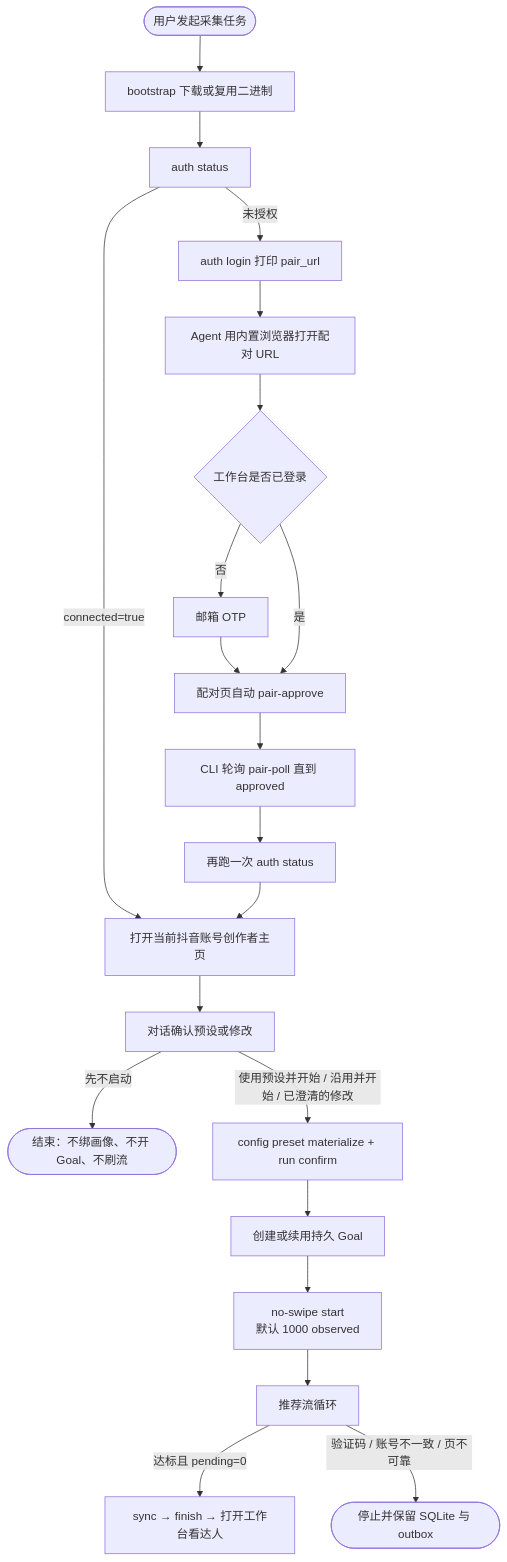
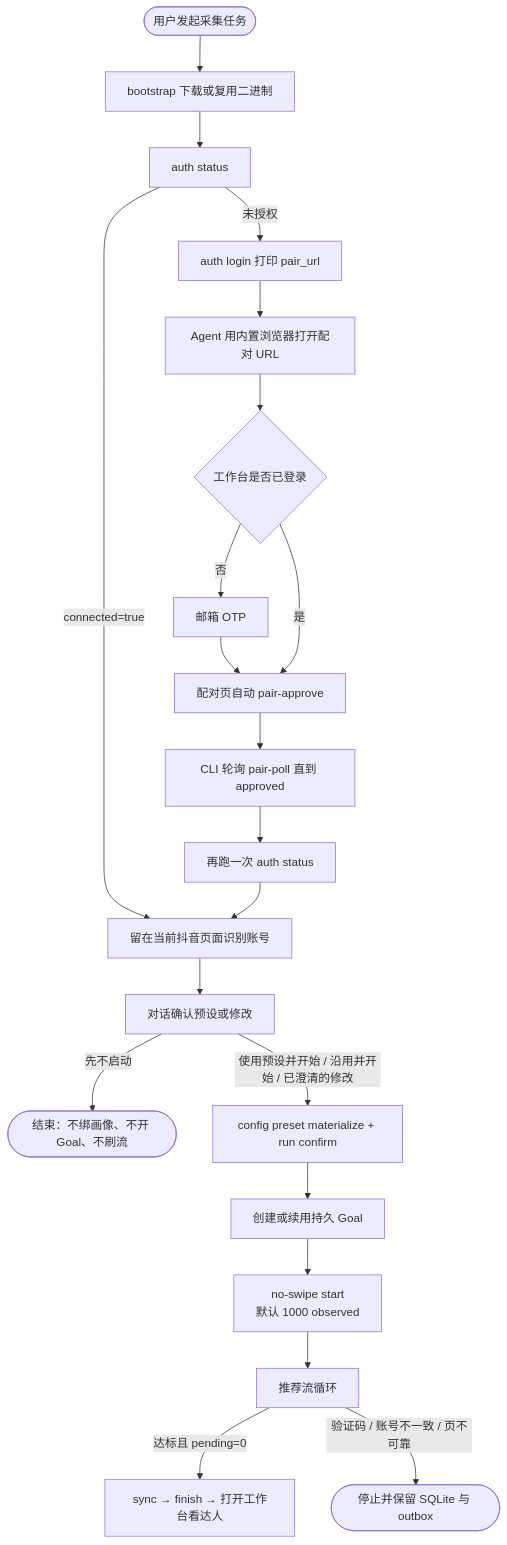
Before and after one commit to OfWind/no_swipe: the third of 18 diagrams in docs/no-swipe-interaction-flows.md, drawn with Mermaid. The commit also changed other lines of this file and 28 other files, not shown here.

````diff
--- a/docs/no-swipe-interaction-flows.md
+++ b/docs/no-swipe-interaction-flows.md
@@ -120,23 +120,23 @@
 ```mermaid
 flowchart TD
   S([用户发起采集任务]) --> Boot[bootstrap 下载或复用二进制]
   Boot --> Status["auth status"]
-  Status -->|connected=true| Home[打开当前抖音账号创作者主页]
+  Status -->|connected=true| Identity[留在当前抖音页面识别账号]
   Status -->|未授权| Login["auth login 打印 pair_url"]
   Login --> OpenPair[Agent 用内置浏览器打开配对 URL]
   OpenPair --> OTP{工作台是否已登录}
   OTP -->|否| Mail[邮箱 OTP]
   Mail --> Auto[配对页自动 pair-approve]
   OTP -->|是| Auto
   Auto --> Poll["CLI 轮询 pair-poll 直到 approved"]
   Poll --> Status2["再跑一次 auth status"]
-  Status2 --> Home
-  Home --> Ask[对话确认预设或修改]
+  Status2 --> Identity
+  Identity --> Ask[对话确认预设或修改]
   Ask -->|先不启动| Stop([结束：不绑画像、不开 Goal、不刷流])
   Ask -->|使用预设并开始 / 沿用并开始 / 已澄清的修改| Mat["config preset materialize + run confirm"]
   Mat --> Goal[创建或续用持久 Goal]
   Goal --> Start["no-swipe start<br/>默认 1000 observed"]
   Start --> Loop[推荐流循环]
   Loop -->|达标且 pending=0| Fin["sync → finish → 打开工作台看达人"]
   Loop -->|验证码 / 账号不一致 / 页不可靠| Halt([停止并保留 SQLite 与 outbox])
 ```
````
